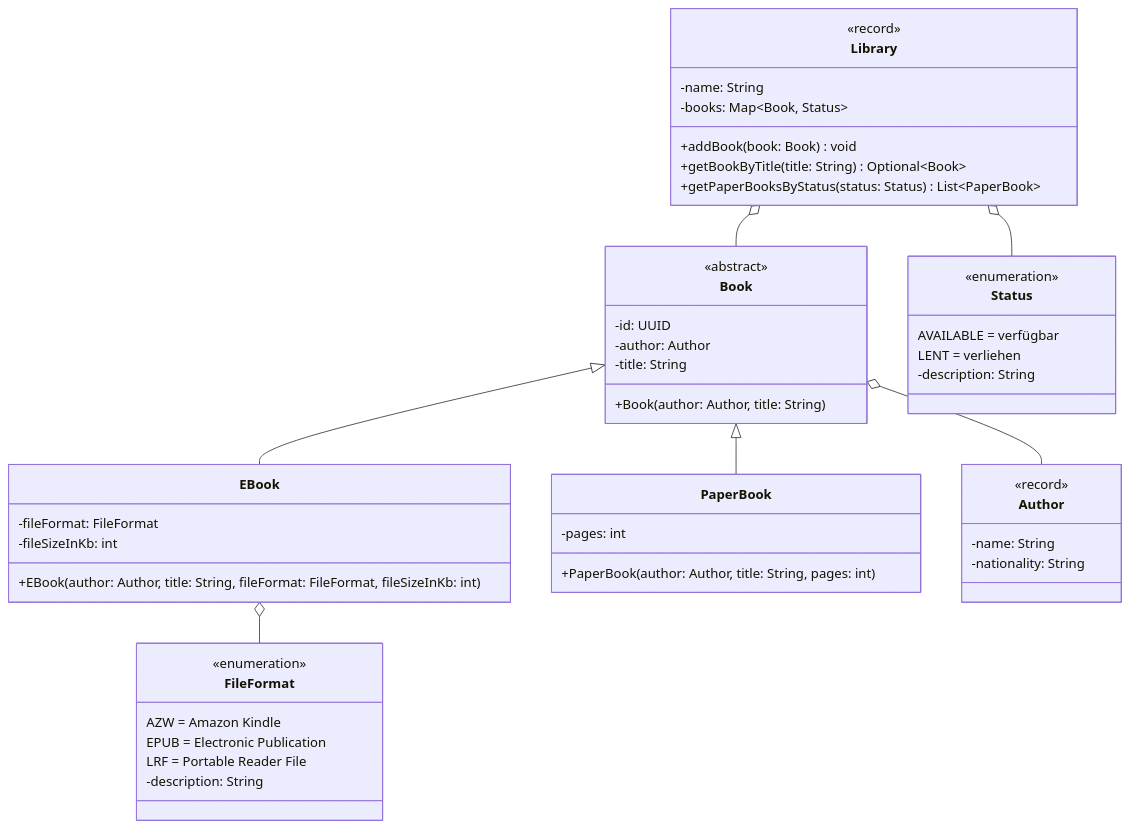
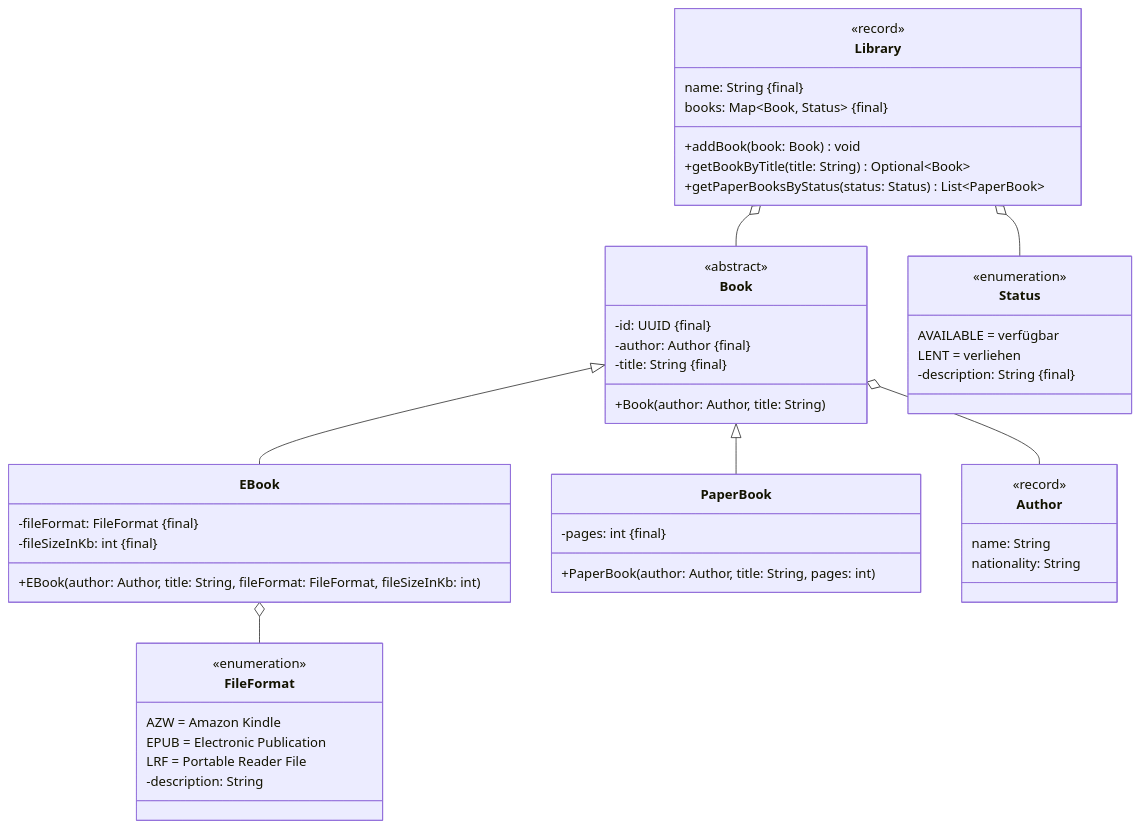
The diagram in docs/exam-exercises/exam-exercises-java2/library.md (jappuccini/java-docs), drawn with Mermaid before and after one commit. The commit also changed 24 other files, not shown here.

````diff
--- a/docs/exam-exercises/exam-exercises-java2/library.md
+++ b/docs/exam-exercises/exam-exercises-java2/library.md
@@ -12,58 +12,58 @@
 ```mermaid
 classDiagram
     Library o-- Book
     Library o-- Status
     Book <|-- EBook
     Book <|-- PaperBook
     Book o-- Author
     EBook o-- FileFormat
 
     class Library {
         <<record>>
-        -name: String
-        -books: Map~Book, Status~
+        name: String &#123final&#125
+        books: Map~Book, Status~ &#123final&#125
         +addBook(book: Book) void
         +getBookByTitle(title: String) Optional~Book~
         +getPaperBooksByStatus(status: Status) List~PaperBook~
     }
 
     class Status {
         <<enumeration>>
         AVAILABLE = verfügbar
         LENT = verliehen
-        -description: String
+        -description: String &#123final&#125
     }
 
     class Book {
         <<abstract>>
-        -id: UUID
-        -author: Author
-        -title: String
+        -id: UUID &#123final&#125
+        -author: Author &#123final&#125
+        -title: String &#123final&#125
         +Book(author: Author, title: String)
     }
 
     class EBook {
-        -fileFormat: FileFormat
-        -fileSizeInKb: int
+        -fileFormat: FileFormat &#123final&#125
+        -fileSizeInKb: int &#123final&#125
         +EBook(author: Author, title: String, fileFormat: FileFormat, fileSizeInKb: int)
     }
 
     class PaperBook {
-        -pages: int
+        -pages: int &#123final&#125
         +PaperBook(author: Author, title: String, pages: int)
     }
 
     class Author {
         <<record>>
-        -name: String
-        -nationality: String
+        name: String
+        nationality: String
     }
 
     class FileFormat {
         <<enumeration>>
         AZW = Amazon Kindle
         EPUB = Electronic Publication
         LRF = Portable Reader File
         -description: String
     }
 ```
````
